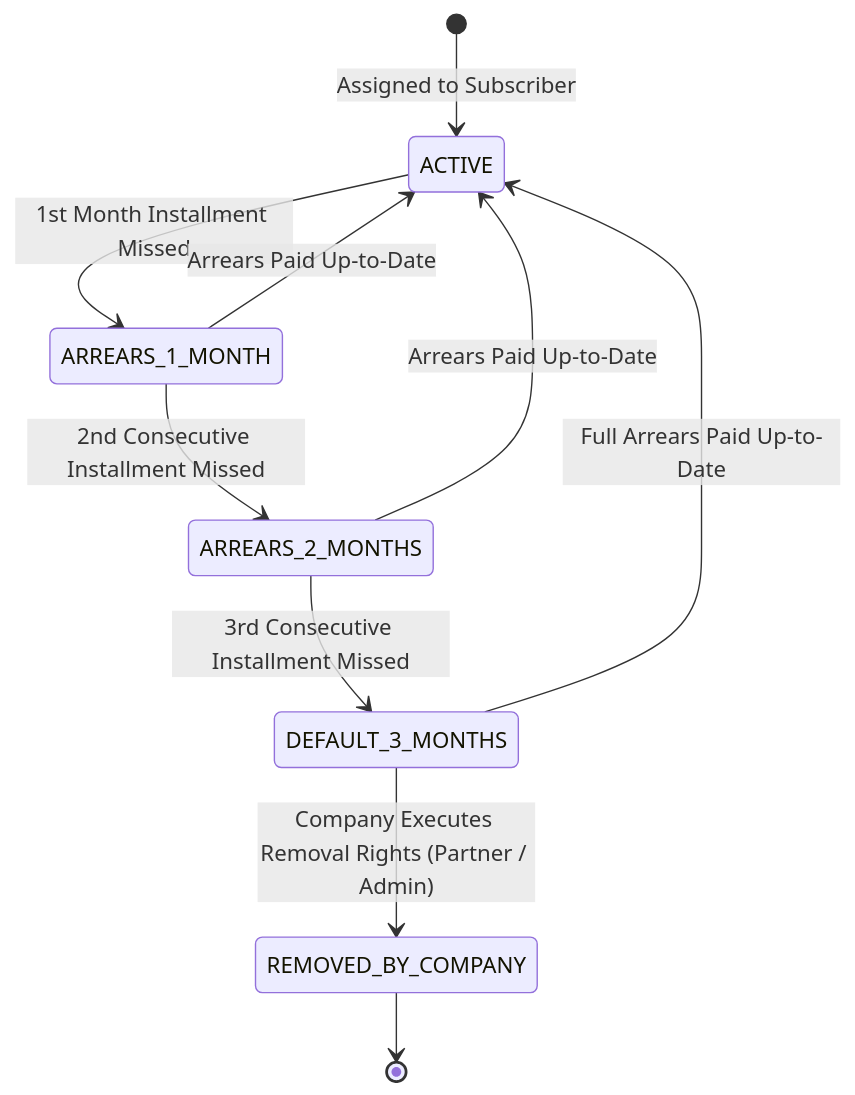
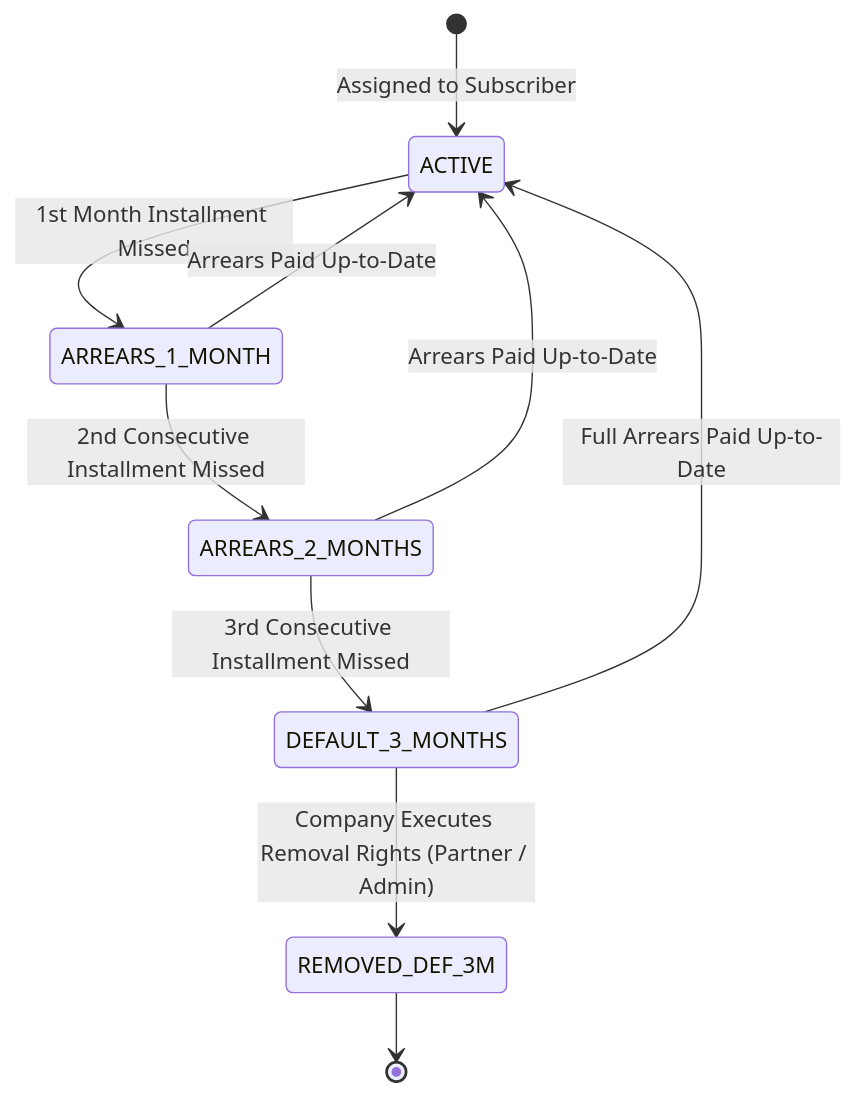
One commit to Kathir-24/Kumaran-finance changed the sixth of 6 diagrams in docs/03-architecture/state-machines.md. Above: the diagram before and after it, drawn with Mermaid. The commit also changed other lines of this file, not shown here.

Commit message:
docs(state-machines): update with partner maker-checker, cash handover guard, zero partial payments, InstallmentDue lifecycle, and REMOVED_DEF_3M

````diff
--- a/docs/03-architecture/state-machines.md
+++ b/docs/03-architecture/state-machines.md
@@ -122,12 +158,12 @@
 ```mermaid
 stateDiagram-v2
     [*] --> ACTIVE : Assigned to Subscriber
     ACTIVE --> ARREARS_1_MONTH : 1st Month Installment Missed
     ARREARS_1_MONTH --> ACTIVE : Arrears Paid Up-to-Date
     ARREARS_1_MONTH --> ARREARS_2_MONTHS : 2nd Consecutive Installment Missed
     ARREARS_2_MONTHS --> ACTIVE : Arrears Paid Up-to-Date
     ARREARS_2_MONTHS --> DEFAULT_3_MONTHS : 3rd Consecutive Installment Missed
     DEFAULT_3_MONTHS --> ACTIVE : Full Arrears Paid Up-to-Date
-    DEFAULT_3_MONTHS --> REMOVED_BY_COMPANY : Company Executes Removal Rights (Partner / Admin)
-    REMOVED_BY_COMPANY --> [*]
+    DEFAULT_3_MONTHS --> REMOVED_DEF_3M : Company Executes Removal Rights (Partner / Admin)
+    REMOVED_DEF_3M --> [*]
 ```
````
